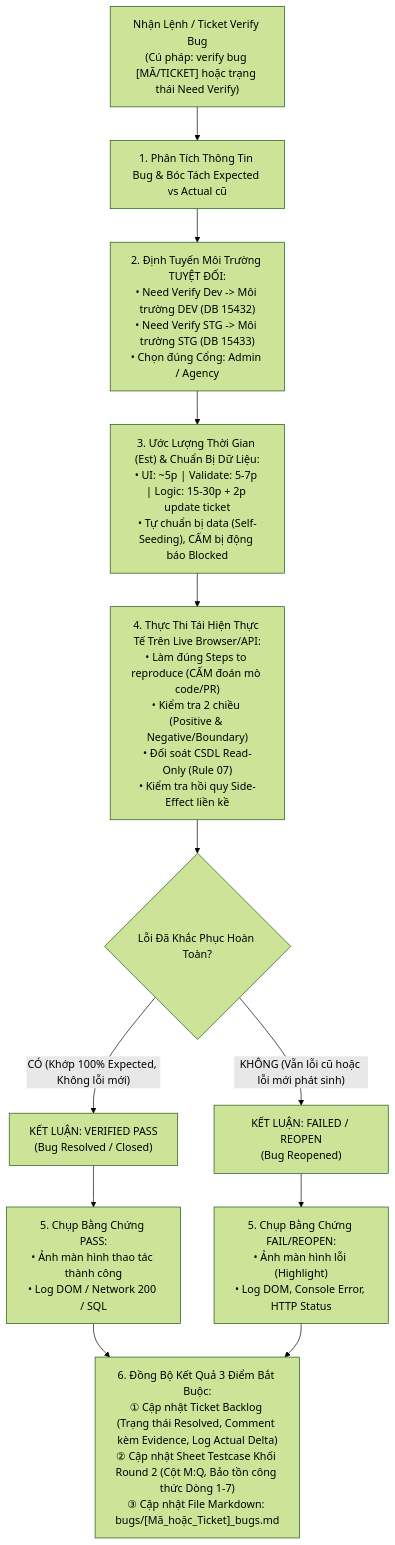
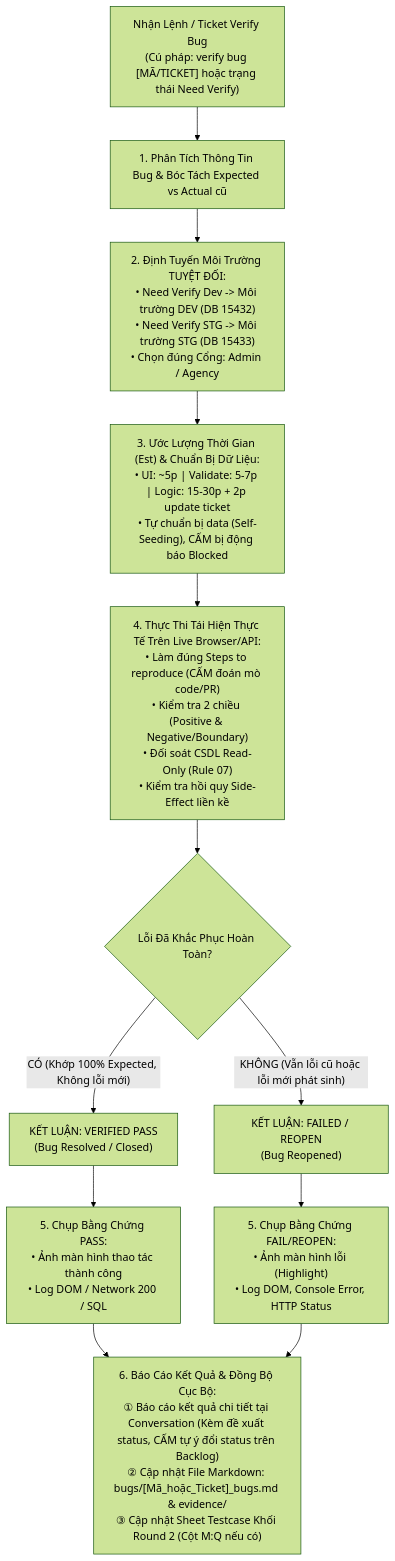
The second of 2 diagrams in Universal_Rules/06_bug_reporting_rule.md (leo1133/SurrealDoll), drawn with Mermaid (forest theme) before and after one commit. The commit also changed other lines of this file and 3 other files, not shown here.

Commit message:
feat(rules): enforce zero-auto backlog status change and conversation reporting for bug verification

````diff
--- a/Universal_Rules/06_bug_reporting_rule.md
+++ b/Universal_Rules/06_bug_reporting_rule.md
@@ -214,21 +214,21 @@
 ```mermaid
 flowchart TD
     Trigger["Nhận Lệnh / Ticket Verify Bug<br>(Cú pháp: verify bug [MÃ/TICKET] hoặc trạng thái Need Verify)"] --> Step1["1. Phân Tích Thông Tin Bug & Bóc Tách Expected vs Actual cũ"]
     
     Step1 --> Step2["2. Định Tuyến Môi Trường TUYỆT ĐỐI:<br>• Need Verify Dev -> Môi trường DEV (DB 15432)<br>• Need Verify STG -> Môi trường STG (DB 15433)<br>• Chọn đúng Cổng: Admin / Agency"]
     
     Step2 --> Step3["3. Ước Lượng Thời Gian (Est) & Chuẩn Bị Dữ Liệu:<br>• UI: ~5p | Validate: 5-7p | Logic: 15-30p + 2p update ticket<br>• Tự chuẩn bị data (Self-Seeding), CẤM bị động báo Blocked"]
     
     Step3 --> Step4["4. Thực Thi Tái Hiện Thực Tế Trên Live Browser/API:<br>• Làm đúng Steps to reproduce (CẤM đoán mò code/PR)<br>• Kiểm tra 2 chiều (Positive & Negative/Boundary)<br>• Đối soát CSDL Read-Only (Rule 07)<br>• Kiểm tra hồi quy Side-Effect liền kề"]
     
     Step4 --> Check{"Lỗi Đã Khắc Phục Hoàn Toàn?"}
     
     Check -- "CÓ (Khớp 100% Expected, Không lỗi mới)" --> PassFlow["KẾT LUẬN: VERIFIED PASS<br>(Bug Resolved / Closed)"]
     Check -- "KHÔNG (Vẫn lỗi cũ hoặc lỗi mới phát sinh)" --> FailFlow["KẾT LUẬN: FAILED / REOPEN<br>(Bug Reopened)"]
     
     PassFlow --> EvPass["5. Chụp Bằng Chứng PASS:<br>• Ảnh màn hình thao tác thành công<br>• Log DOM / Network 200 / SQL"]
     FailFlow --> EvFail["5. Chụp Bằng Chứng FAIL/REOPEN:<br>• Ảnh màn hình lỗi (Highlight)<br>• Log DOM, Console Error, HTTP Status"]
     
-    EvPass --> Step6["6. Đồng Bộ Kết Quả 3 Điểm Bắt Buộc:<br>① Cập nhật Ticket Backlog (Trạng thái Resolved, Comment kèm Evidence, Log Actual Delta)<br>② Cập nhật Sheet Testcase Khối Round 2 (Cột M:Q, Bảo tồn công thức Dòng 1-7)<br>③ Cập nhật File Markdown: bugs/[Mã_hoặc_Ticket]_bugs.md"]
+    EvPass --> Step6["6. Báo Cáo Kết Quả & Đồng Bộ Cục Bộ:<br>① Báo cáo kết quả chi tiết tại Conversation (Kèm đề xuất status, CẤM tự ý đổi status trên Backlog)<br>② Cập nhật File Markdown: bugs/[Mã_hoặc_Ticket]_bugs.md & evidence/<br>③ Cập nhật Sheet Testcase Khối Round 2 (Cột M:Q nếu có)"]
     EvFail --> Step6
 ```
````
